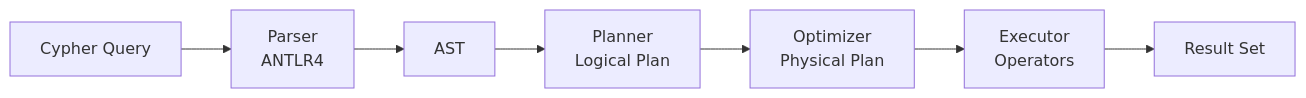
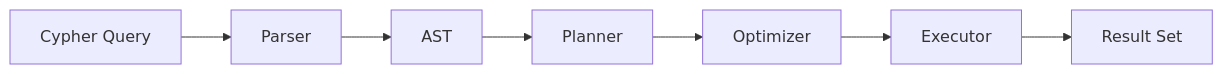
The first of 6 diagrams in docs/en/architecture/query-engine.md (nexepic/zyx), drawn with Mermaid before and after one commit. The commit also changed other lines of this file and 21 other files, not shown here.

First line of the commit message:
fix: resolve Mermaid diagram display issues in VitePress

````diff
--- a/docs/en/architecture/query-engine.md
+++ b/docs/en/architecture/query-engine.md
@@ -7,9 +7,9 @@
 ```mermaid
 graph LR
-    A[Cypher Query] --> B[Parser<br/>ANTLR4]
+    A[Cypher Query] --> B[Parser]
     B --> C[AST]
-    C --> D[Planner<br/>Logical Plan]
-    D --> E[Optimizer<br/>Physical Plan]
-    E --> F[Executor<br/>Operators]
+    C --> D[Planner]
+    D --> E[Optimizer]
+    E --> F[Executor]
     F --> G[Result Set]
 ```
````
